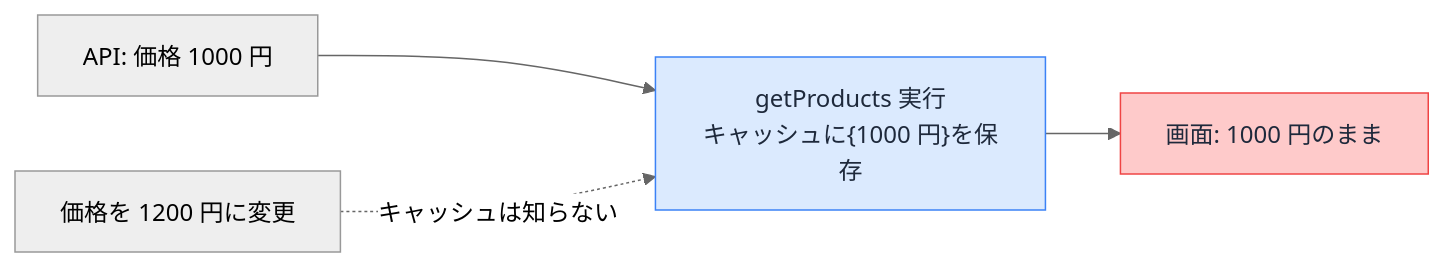
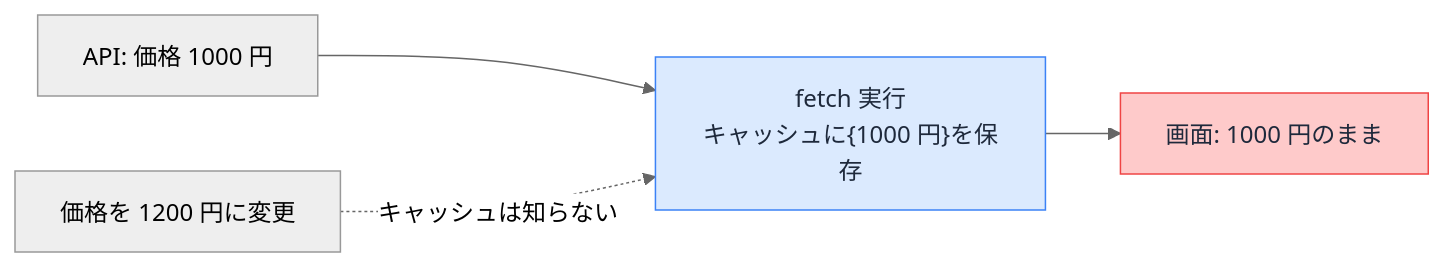
The diagram in docs/drafts/105/index.md (ozaki25/web-front-training-ozaki25), drawn with Mermaid (neutral theme) before and after one commit. The commit also changed other lines of this file and 1 other file, not shown here.

````diff
--- a/docs/drafts/105/index.md
+++ b/docs/drafts/105/index.md
@@ -75,8 +57,8 @@
 ```mermaid
 flowchart LR
-  A["API: 価格 1000 円"] --> B["getProducts 実行<br>キャッシュに{1000 円}を保存"]
+  A["API: 価格 1000 円"] --> B["fetch 実行<br>キャッシュに{1000 円}を保存"]
   C["価格を 1200 円に変更"] -.->|"キャッシュは知らない"| B
   B --> D["画面: 1000 円のまま"]
   style B fill:#dbeafe,color:#1e293b,stroke:#3b82f6
   style D fill:#fecaca,color:#1e293b,stroke:#ef4444
 ```
````
